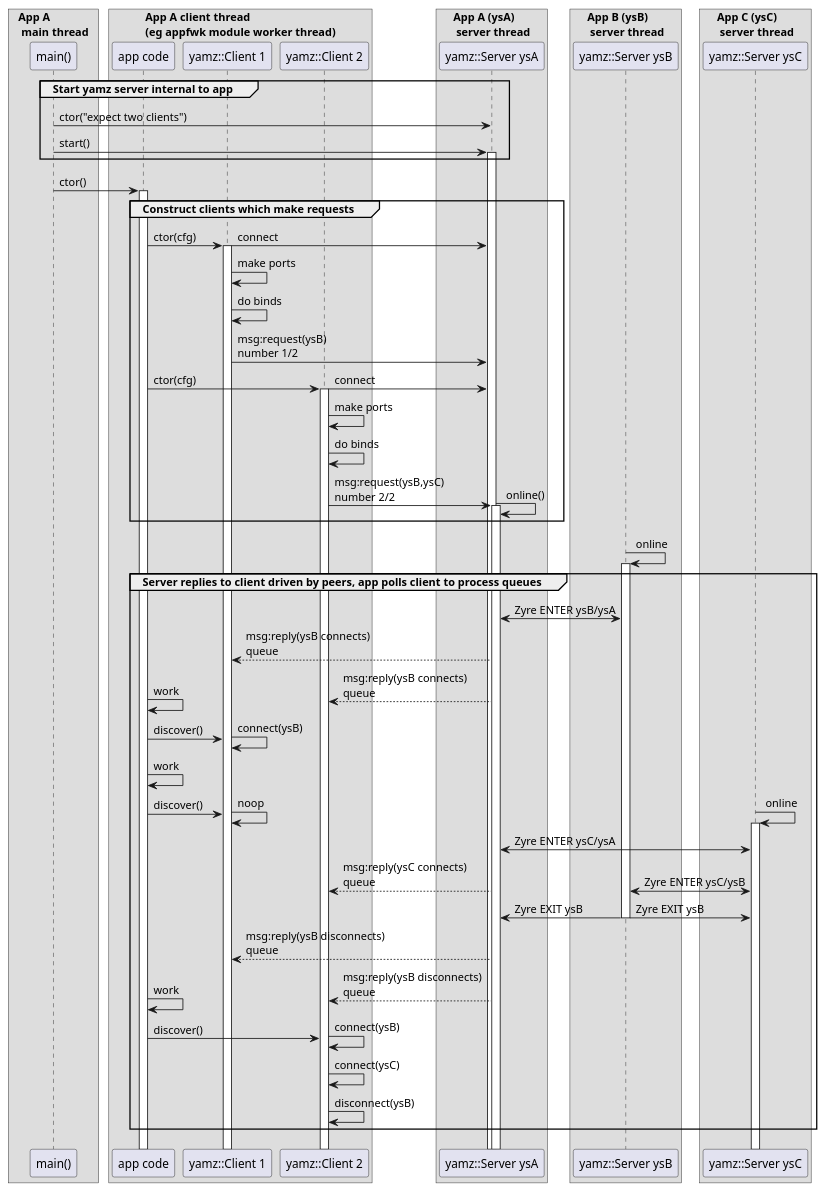
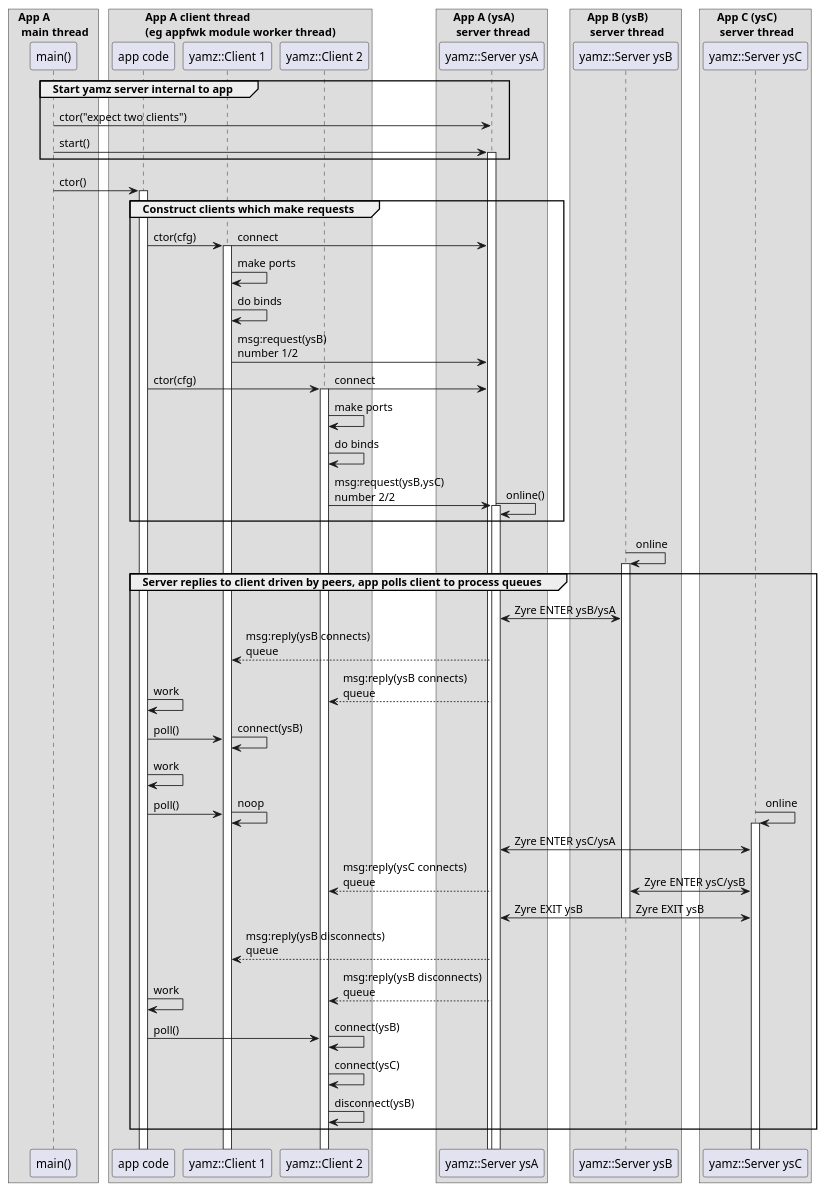
The diagram in docs/yamz-sequence.plantuml (brettviren/yamz), drawn with PlantUML before and after one commit. The commit also changed 1 other file, not shown here.

```diff
--- a/docs/yamz-sequence.plantuml
+++ b/docs/yamz-sequence.plantuml
@@ -1,87 +1,87 @@
 @startuml
 !pragma teoz true
 box "App A\n main thread"
         participant "main()" as main
 end box
 box "App A client thread\n(eg appfwk module worker thread)"
         participant "app code" as app
         participant "yamz::Client 1" as yc1
         participant "yamz::Client 2" as yc2
 end box
 box "App A (ysA)\n server thread"
         participant "yamz::Server ysA" as ysA
 end box
 box "App B (ysB)\n server thread"
         participant "yamz::Server ysB" as ysB
 end box
 box "App C (ysC)\n server thread"
         participant "yamz::Server ysC" as ysC
 end box
 
 group Start yamz server internal to app
 main -> ysA : ctor("expect two clients")
 main -> ysA : start()
 activate ysA
 end
 
 main -> app : ctor()
 activate app
 
 group Construct clients which make requests
 
 app -> yc1 : ctor(cfg)
 activate yc1
 & yc1 -> ysA : connect
 yc1 -> yc1 : make ports
 yc1 -> yc1 : do binds
 yc1 -> ysA : msg:request(ysB)\nnumber 1/2
 
 app -> yc2 : ctor(cfg)
 activate yc2
 & yc2 -> ysA : connect
 yc2 -> yc2 : make ports
 yc2 -> yc2 : do binds
 yc2 -> ysA : msg:request(ysB,ysC)\nnumber 2/2
 
 & ysA -> ysA : online()
 activate ysA
 end 
 
 ysB -> ysB : online
 activate ysB
 
 group Server replies to client driven by peers, app polls client to process queues
 
 ysB <-> ysA : Zyre ENTER ysB/ysA
 
                 
 ysA --> yc1 : msg:reply(ysB connects)\nqueue
 ysA --> yc2 : msg:reply(ysB connects)\nqueue
 & app -> app : work
-app -> yc1 : discover()
+app -> yc1 : poll()
 & yc1 -> yc1 : connect(ysB)                
 
 app -> app : work
-app -> yc1 : discover()
+app -> yc1 : poll()
 & yc1 -> yc1 : noop                        
 
 & ysC -> ysC : online
 activate ysC
 ysC <-> ysA : Zyre ENTER ysC/ysA
 ysC <-> ysB : Zyre ENTER ysC/ysB
 
 & ysA --> yc2 : msg:reply(ysC connects)\nqueue
 
 ysB -> ysA : Zyre EXIT ysB
 & ysB -> ysC : Zyre EXIT ysB
 destroy ysB
 ysA --> yc1 : msg:reply(ysB disconnects)\nqueue
 ysA --> yc2 : msg:reply(ysB disconnects)\nqueue
 
 & app -> app : work
-app -> yc2 : discover()
+app -> yc2 : poll()
 & yc2 -> yc2 : connect(ysB)
 yc2 -> yc2 : connect(ysC)
 yc2 -> yc2 : disconnect(ysB)
 
 @enduml
```
